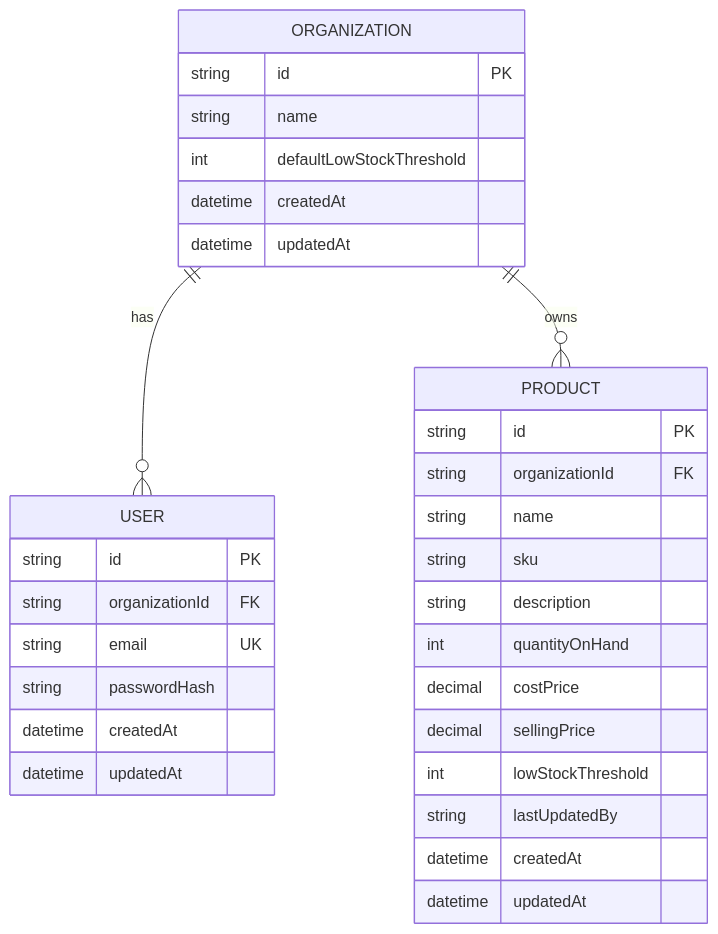
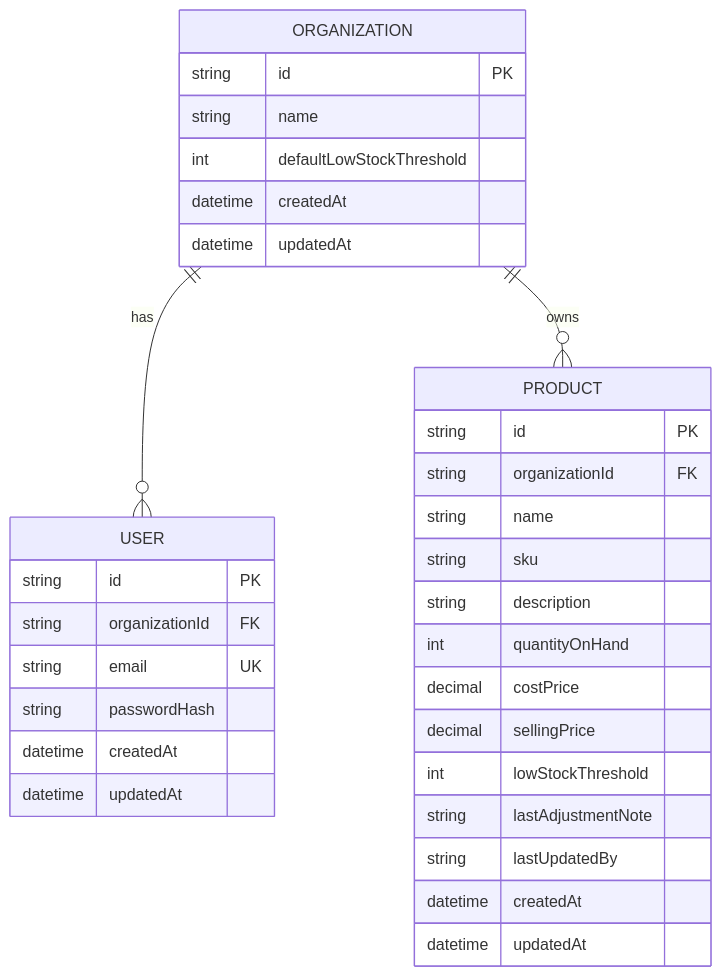
Before and after one commit to madugushivakumar/Stock_Flow: the diagram in README.md, drawn with Mermaid. The commit also changed other lines of this file and 4 other files, not shown here.

````diff
--- a/README.md
+++ b/README.md
@@ -126,37 +126,38 @@
 ```mermaid
 erDiagram
     ORGANIZATION ||--o{ USER : "has"
     ORGANIZATION ||--o{ PRODUCT : "owns"
 
     ORGANIZATION {
         string id PK
         string name
         int defaultLowStockThreshold
         datetime createdAt
         datetime updatedAt
     }
 
     USER {
         string id PK
         string organizationId FK
         string email UK
         string passwordHash
         datetime createdAt
         datetime updatedAt
     }
 
     PRODUCT {
         string id PK
         string organizationId FK
         string name
         string sku
         string description
         int quantityOnHand
         decimal costPrice
         decimal sellingPrice
         int lowStockThreshold
+        string lastAdjustmentNote
         string lastUpdatedBy
         datetime createdAt
         datetime updatedAt
     }
 ```
````
